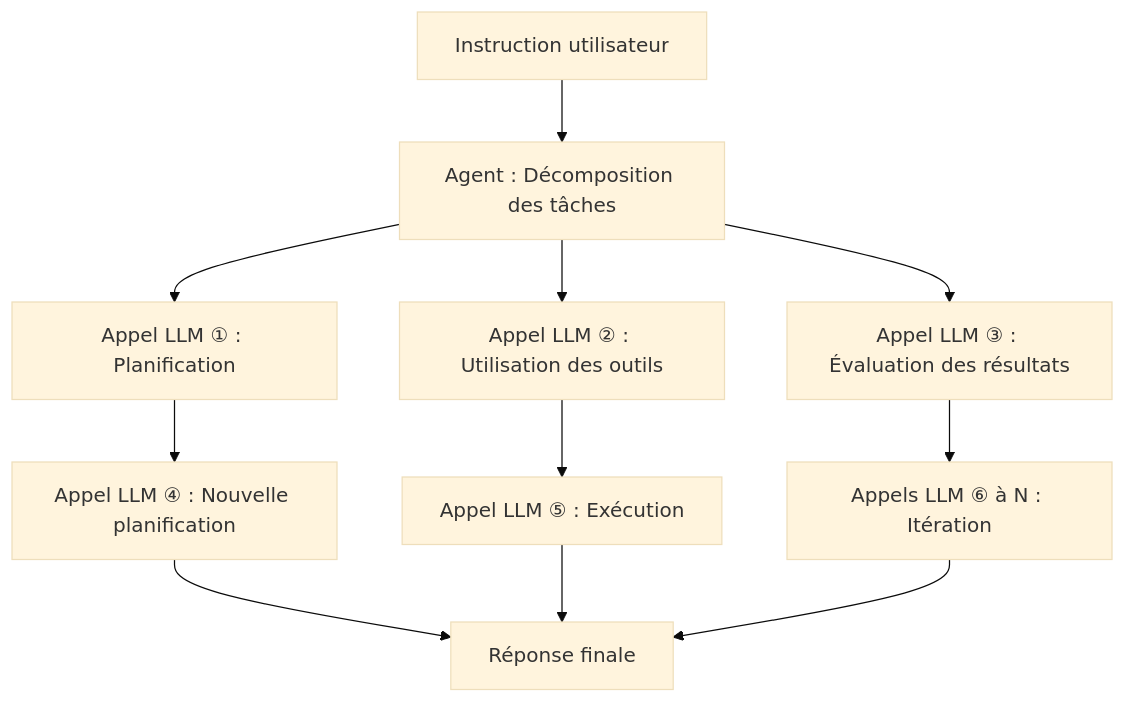
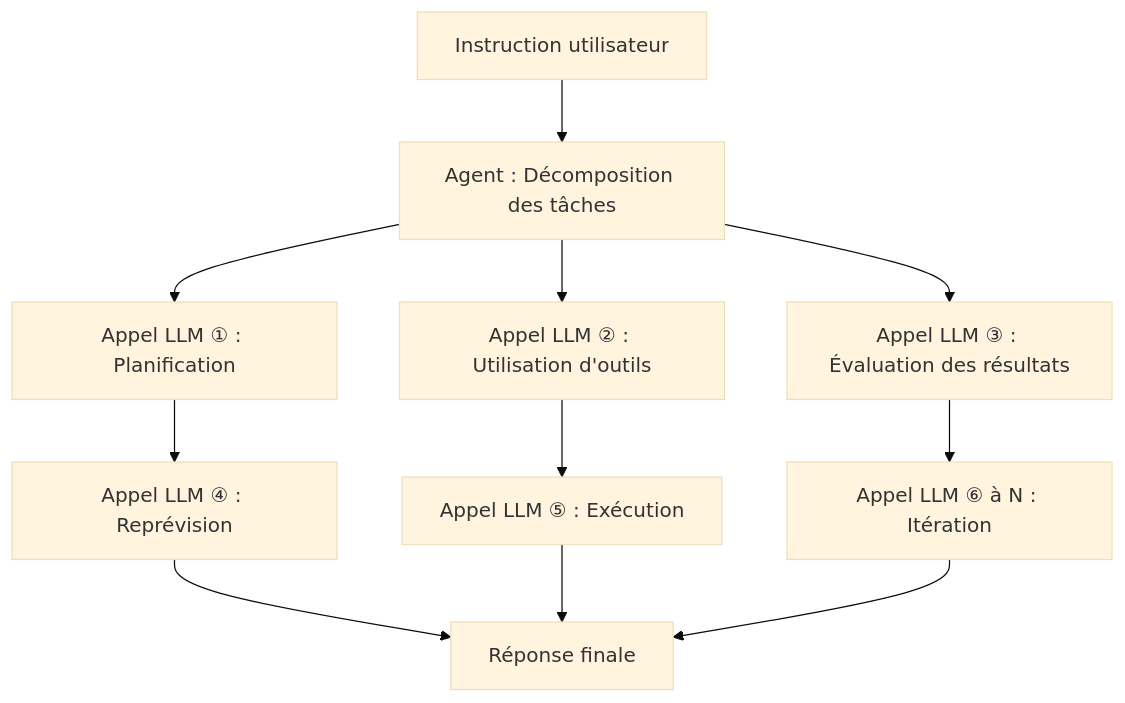
Before and after one commit to no-problem-dev/rick-brick-content: the third of 3 diagrams in articles/fr/2026-03-18-nvidia-vera-rubin-inference-infrastructure.md, drawn with Mermaid (base theme). The commit also changed other lines of this file and 126 other files, not shown here.

````diff
--- a/articles/fr/2026-03-18-nvidia-vera-rubin-inference-infrastructure.md
+++ b/articles/fr/2026-03-18-nvidia-vera-rubin-inference-infrastructure.md
@@ -166,13 +166,13 @@
 ```mermaid
 graph TD
     A[Instruction utilisateur] --> B[Agent : Décomposition des tâches]
     B --> C[Appel LLM ① : Planification]
-    B --> D[Appel LLM ② : Utilisation des outils]
+    B --> D[Appel LLM ② : Utilisation d'outils]
     B --> E[Appel LLM ③ : Évaluation des résultats]
-    C --> F[Appel LLM ④ : Nouvelle planification]
+    C --> F[Appel LLM ④ : Reprévision]
     D --> G[Appel LLM ⑤ : Exécution]
-    E --> H[Appels LLM ⑥ à N : Itération]
+    E --> H[Appel LLM ⑥ à N : Itération]
     F --> I[Réponse finale]
     G --> I
     H --> I
 ```
````
